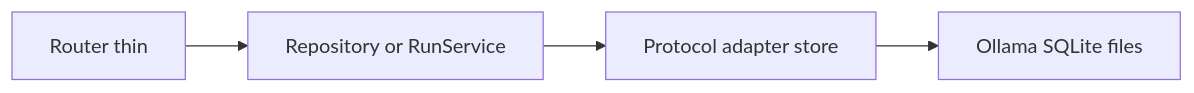
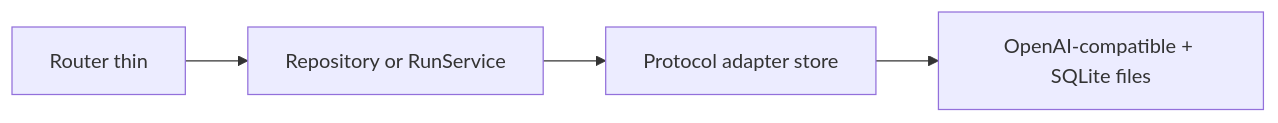
The diagram in docs/architecture/08_SOLID_KISS.md (abhishekjasani/AgentAnyStack), drawn with Mermaid before and after one commit. The commit also changed other lines of this file and 25 other files, not shown here.

First line of the commit message:
feat: implement OpenAI-compatible chat functionality

````diff
--- a/docs/architecture/08_SOLID_KISS.md
+++ b/docs/architecture/08_SOLID_KISS.md
@@ -5,6 +5,6 @@
 ```mermaid
 flowchart LR
     R[Router thin] --> Svc[Repository or RunService]
     Svc --> Proto[Protocol adapter store]
-    Proto --> Impl[Ollama SQLite files]
+    Proto --> Impl[OpenAI-compatible + SQLite files]
 ```
````
